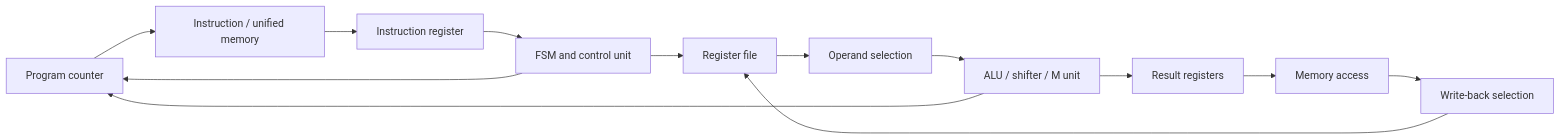
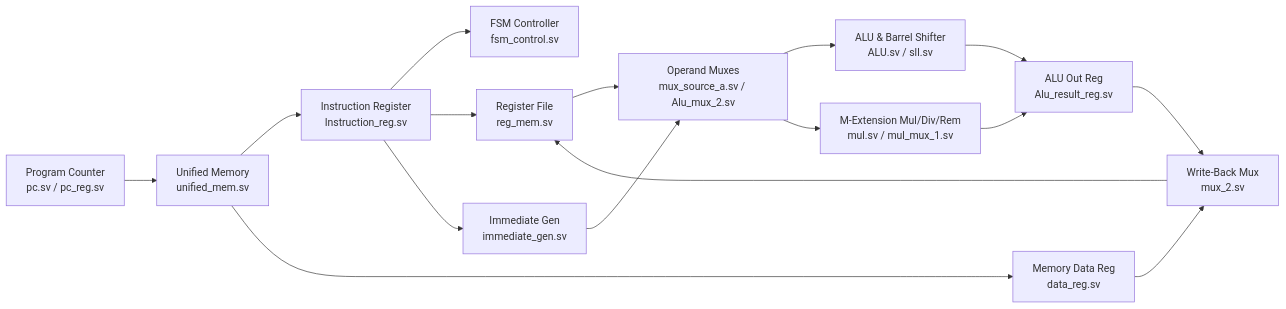
Before and after one commit to usman-irshad1/risc-v-multicycle-processor: the second of 2 diagrams in README.md, drawn with Mermaid. The commit also changed other lines of this file and 313 other files, not shown here.

Commit message:
feat: consolidate all 21 Verilog & RISC-V modules into 5-stage architectural progression

````diff
--- a/README.md
+++ b/README.md
@@ -19,15 +116,18 @@
 ```mermaid
 flowchart LR
-    PC[Program counter] --> IM[Instruction / unified memory]
-    IM --> IR[Instruction register]
-    IR --> CTRL[FSM and control unit]
-    CTRL --> RF[Register file]
-    RF --> MUX[Operand selection]
-    MUX --> ALU[ALU / shifter / M unit]
-    ALU --> RES[Result registers]
-    RES --> MEM[Memory access]
-    MEM --> WB[Write-back selection]
+    PC[Program Counter<br/>pc.sv / pc_reg.sv] --> MEM[Unified Memory<br/>unified_mem.sv]
+    MEM --> IR[Instruction Register<br/>Instruction_reg.sv]
+    MEM --> MDR[Memory Data Reg<br/>data_reg.sv]
+    IR --> CTRL[FSM Controller<br/>fsm_control.sv]
+    IR --> RF[Register File<br/>reg_mem.sv]
+    IR --> IMM[Immediate Gen<br/>immediate_gen.sv]
+    RF --> MUXA[Operand Muxes<br/>mux_source_a.sv / Alu_mux_2.sv]
+    IMM --> MUXA
+    MUXA --> ALU[ALU & Barrel Shifter<br/>ALU.sv / sll.sv]
+    MUXA --> MUL[M-Extension Mul/Div/Rem<br/>mul.sv / mul_mux_1.sv]
+    ALU --> ALUREG[ALU Out Reg<br/>Alu_result_reg.sv]
+    MUL --> ALUREG
+    ALUREG --> WB[Write-Back Mux<br/>mux_2.sv]
+    MDR --> WB
     WB --> RF
-    CTRL --> PC
-    ALU --> PC
 ```
````
